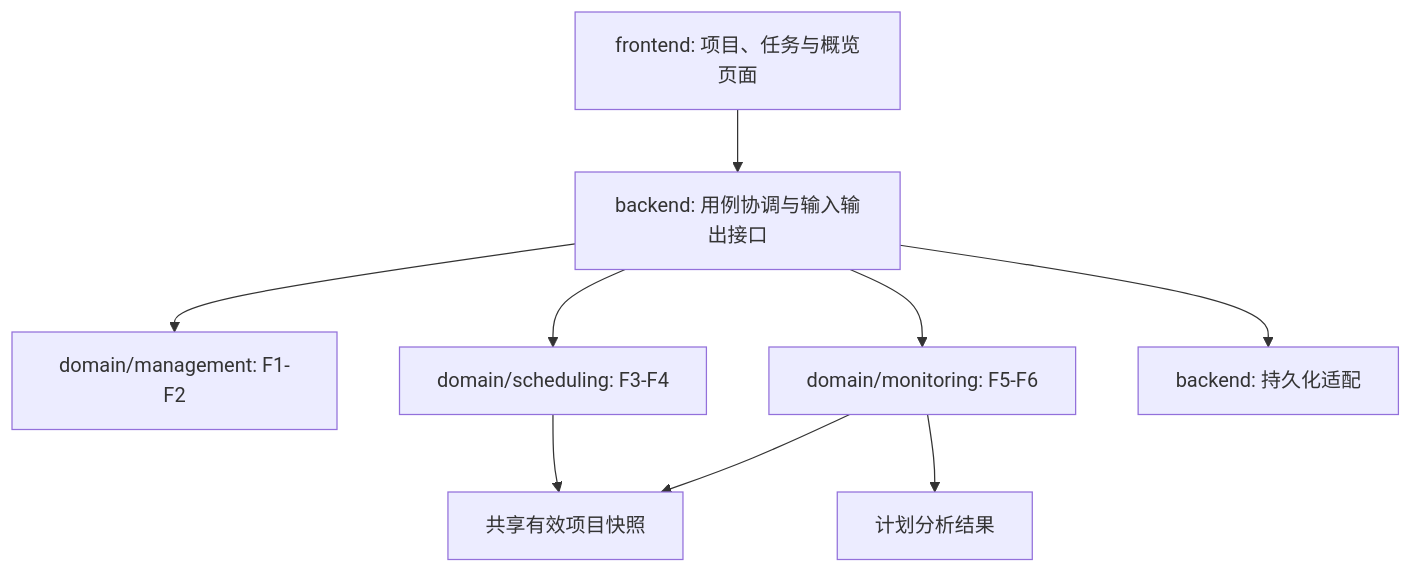
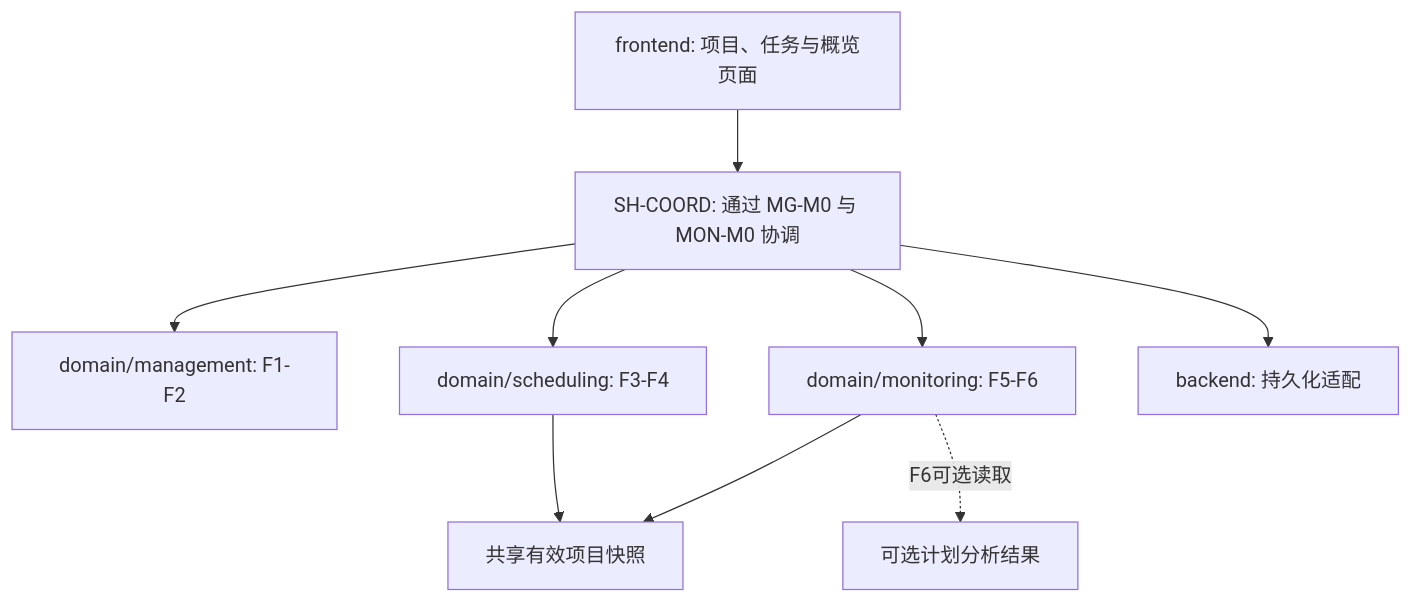
Before and after one commit to guxinyihan/Student-Project-Planning-and-Progress-Tracking-System: the diagram in docs/ARCHITECTURE.md, drawn with Mermaid. The commit also changed other lines of this file and 38 other files, not shown here.

````diff
--- a/docs/ARCHITECTURE.md
+++ b/docs/ARCHITECTURE.md
@@ -7,11 +7,11 @@
 ```mermaid
 flowchart TD
-    UI[frontend: 项目、任务与概览页面] --> APP[backend: 用例协调与输入输出接口]
+    UI[frontend: 项目、任务与概览页面] --> APP[SH-COORD: 通过 MG-M0 与 MON-M0 协调]
     APP --> M[domain/management: F1-F2]
     APP --> S[domain/scheduling: F3-F4]
     APP --> P[domain/monitoring: F5-F6]
     APP --> STORE[backend: 持久化适配]
     S --> SNAP[共享有效项目快照]
     P --> SNAP
-    P --> RESULT[计划分析结果]
+    P -. F6可选读取 .-> RESULT[可选计划分析结果]
 ```
````
